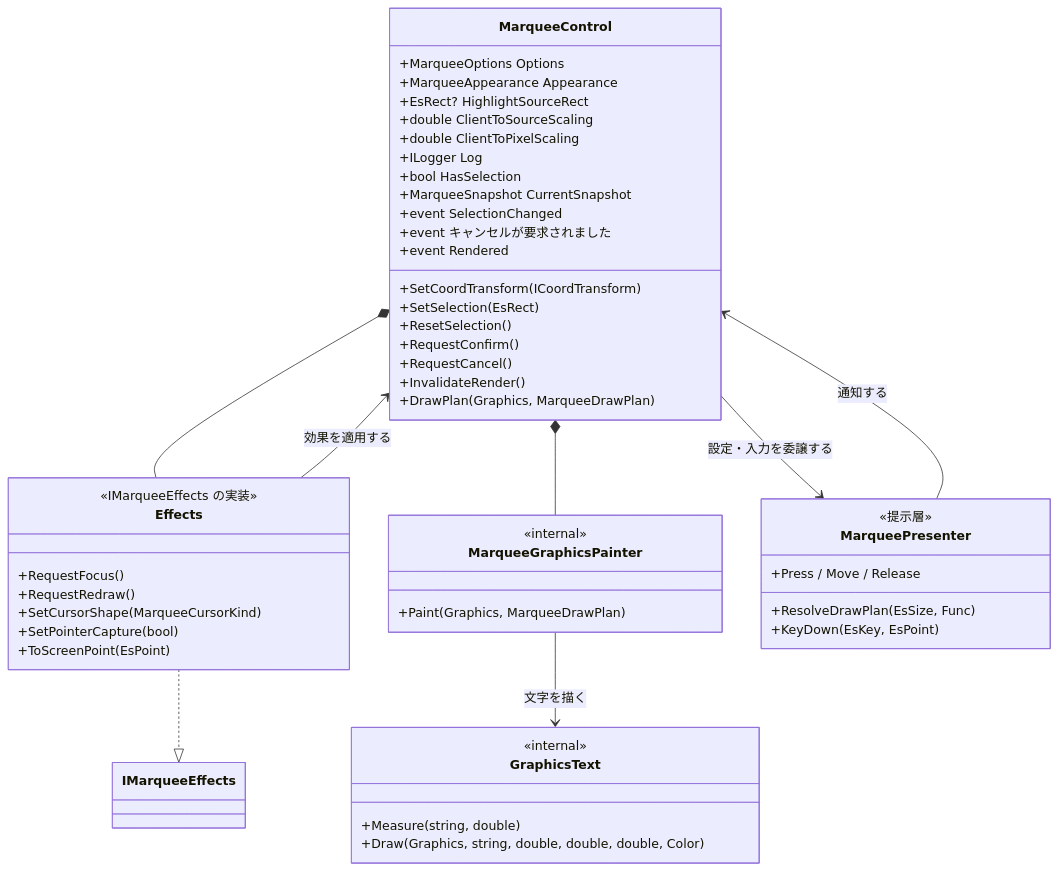
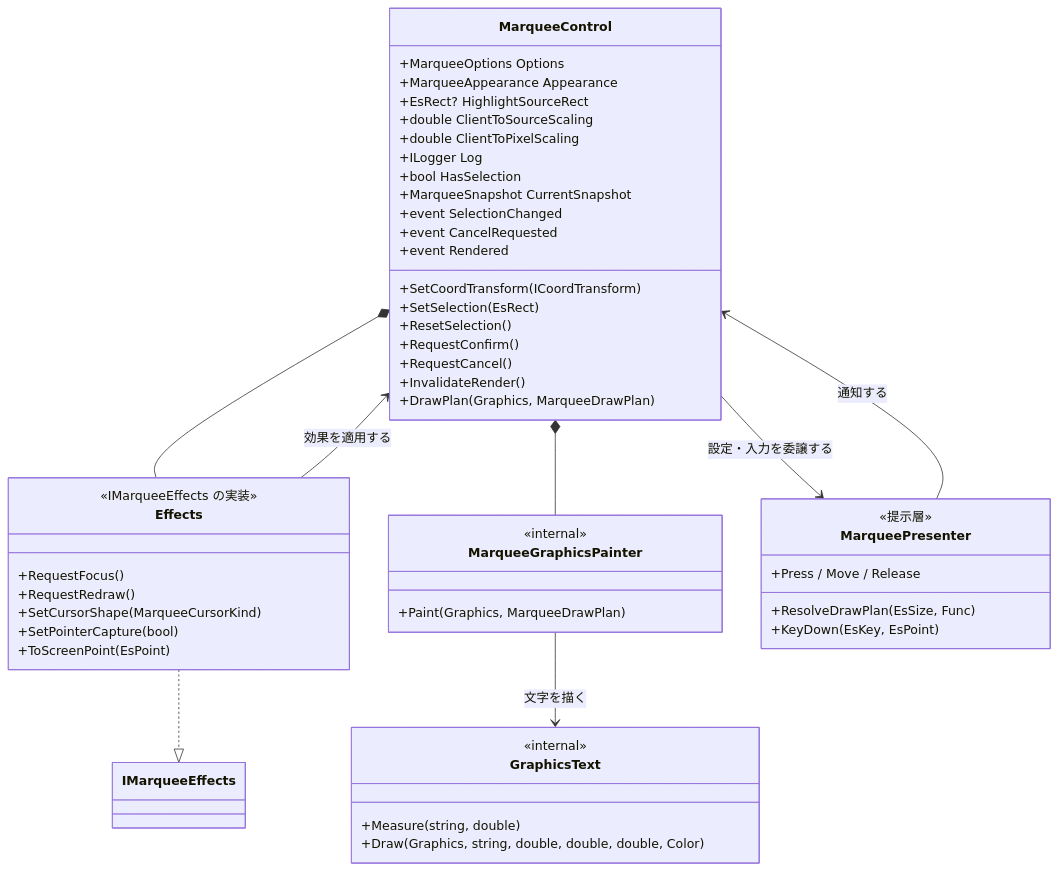
Before and after one commit to tomokuni/EsUtil: the second of 6 diagrams in EsUtil.Ui.WinForms/Marquee/docs/SPEC_System.md, drawn with Mermaid. The commit also changed 62 other files, not shown here.

First line of the commit message:
Marquee の公開イベント名を CancelRequested に戻し、版を 0.7.1 にする

````diff
--- a/EsUtil.Ui.WinForms/Marquee/docs/SPEC_System.md
+++ b/EsUtil.Ui.WinForms/Marquee/docs/SPEC_System.md
@@ -130,58 +130,58 @@
 ```mermaid
 classDiagram
     class MarqueeControl {
         +MarqueeOptions Options
         +MarqueeAppearance Appearance
         +EsRect? HighlightSourceRect
         +double ClientToSourceScaling
         +double ClientToPixelScaling
         +ILogger Log
         +bool HasSelection
         +MarqueeSnapshot CurrentSnapshot
         +SetCoordTransform(ICoordTransform)
         +SetSelection(EsRect)
         +ResetSelection()
         +RequestConfirm()
         +RequestCancel()
         +InvalidateRender()
         +DrawPlan(Graphics, MarqueeDrawPlan)
         +event SelectionChanged
-        +event キャンセルが要求されました
+        +event CancelRequested
         +event Rendered
     }
 
     class Effects {
         <<IMarqueeEffects の実装>>
         +RequestFocus()
         +RequestRedraw()
         +SetCursorShape(MarqueeCursorKind)
         +SetPointerCapture(bool)
         +ToScreenPoint(EsPoint)
     }
 
     class MarqueeGraphicsPainter {
         <<internal>>
         +Paint(Graphics, MarqueeDrawPlan)
     }
 
     class GraphicsText {
         <<internal>>
         +Measure(string, double)
         +Draw(Graphics, string, double, double, double, Color)
     }
 
     class MarqueePresenter {
         <<提示層>>
         +ResolveDrawPlan(EsSize, Func)
         +Press / Move / Release
         +KeyDown(EsKey, EsPoint)
     }
 
     MarqueeControl *-- Effects
     MarqueeControl *-- MarqueeGraphicsPainter
     Effects ..|> IMarqueeEffects
     Effects --> MarqueeControl : 効果を適用する
     MarqueeGraphicsPainter --> GraphicsText : 文字を描く
     MarqueeControl --> MarqueePresenter : 設定・入力を委譲する
     MarqueePresenter --> MarqueeControl : 通知する
 ```
````
